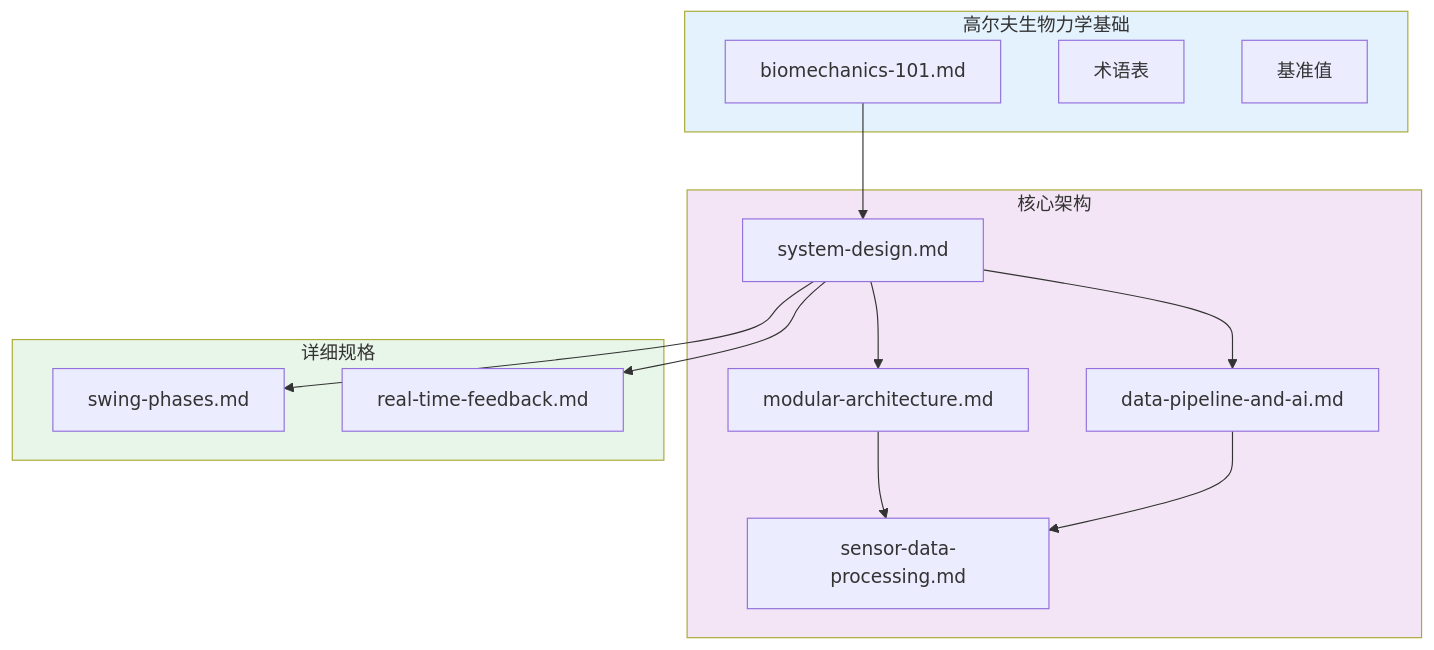
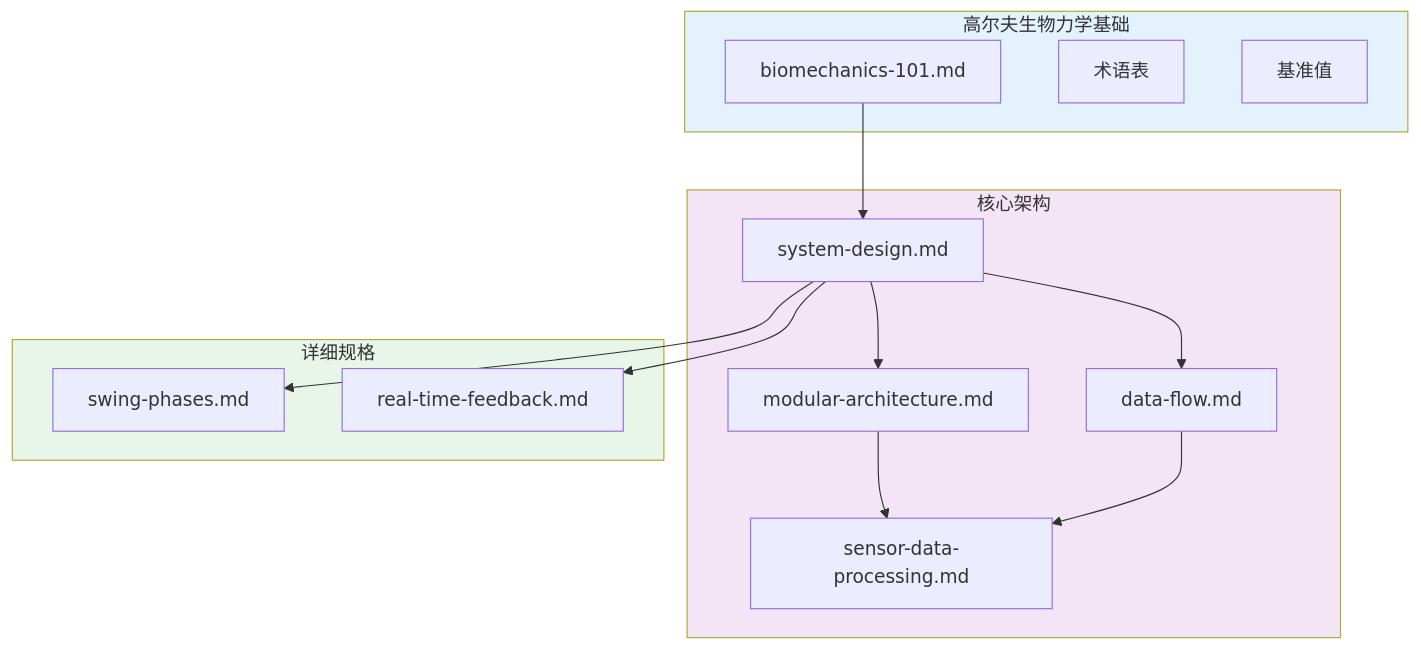
One commit to movement-chain-ai/movement-chain-docs changed the diagram in docs/zh/design/index.md. Above: the diagram before and after it, drawn with Mermaid. The commit also changed other lines of this file and 18 other files, not shown here.

First line of the commit message:
docs: 重命名 data-pipeline-and-ai.md → data-flow.md

````diff
--- a/docs/zh/design/index.md
+++ b/docs/zh/design/index.md
@@ -72,32 +72,32 @@
 ```mermaid
 graph TD
     subgraph foundations["高尔夫生物力学基础"]
         F1[biomechanics-101.md]
         F2[术语表]
         F3[基准值]
     end
 
     subgraph architecture["核心架构"]
         A1[system-design.md]
         A2[modular-architecture.md]
-        A3[data-pipeline-and-ai.md]
+        A3[data-flow.md]
         A4[sensor-data-processing.md]
     end
 
     subgraph specs["详细规格"]
         S1[swing-phases.md]
         S2[real-time-feedback.md]
     end
 
     F1 --> A1
     A1 --> A2
     A1 --> A3
     A2 --> A4
     A3 --> A4
     A1 --> S1
     A1 --> S2
 
     style foundations fill:#e3f2fd
     style architecture fill:#f3e5f5
     style specs fill:#e8f5e9
 ```
````
